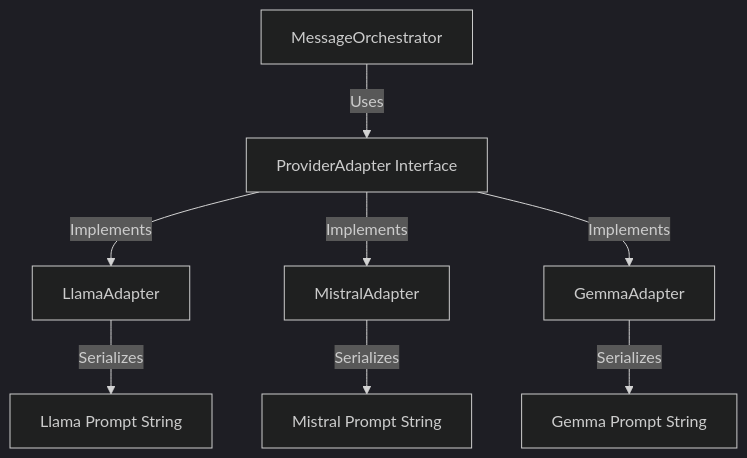
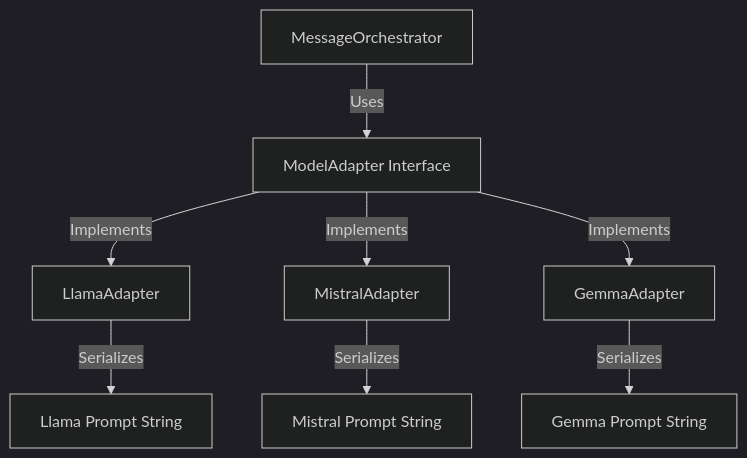
Before and after one commit to vaibhv19/Conclave: the first of 2 diagrams in Docs/Learning/03_Provider_Adapter_Pattern.md, drawn with Mermaid (dark theme). The commit also changed other lines of this file and 17 other files, not shown here.

Commit message:
docs: synchronize repository terminology, diagrams, and READMEs with ModelAdapter and local Ollama model architecture

````diff
--- a/Docs/Learning/03_Provider_Adapter_Pattern.md
+++ b/Docs/Learning/03_Provider_Adapter_Pattern.md
@@ -96,11 +96,11 @@
 ```mermaid
 graph TD
-    Orch[MessageOrchestrator] -->|Uses| Adapter[ProviderAdapter Interface]
+    Orch[MessageOrchestrator] -->|Uses| Adapter[ModelAdapter Interface]
     Adapter -->|Implements| Llama[LlamaAdapter]
     Adapter -->|Implements| Mistral[MistralAdapter]
     Adapter -->|Implements| Gemma[GemmaAdapter]
     
     Llama -->|Serializes| LlamaPrompt[Llama Prompt String]
     Mistral -->|Serializes| MistralPrompt[Mistral Prompt String]
     Gemma -->|Serializes| GemmaPrompt[Gemma Prompt String]
 ```
````
